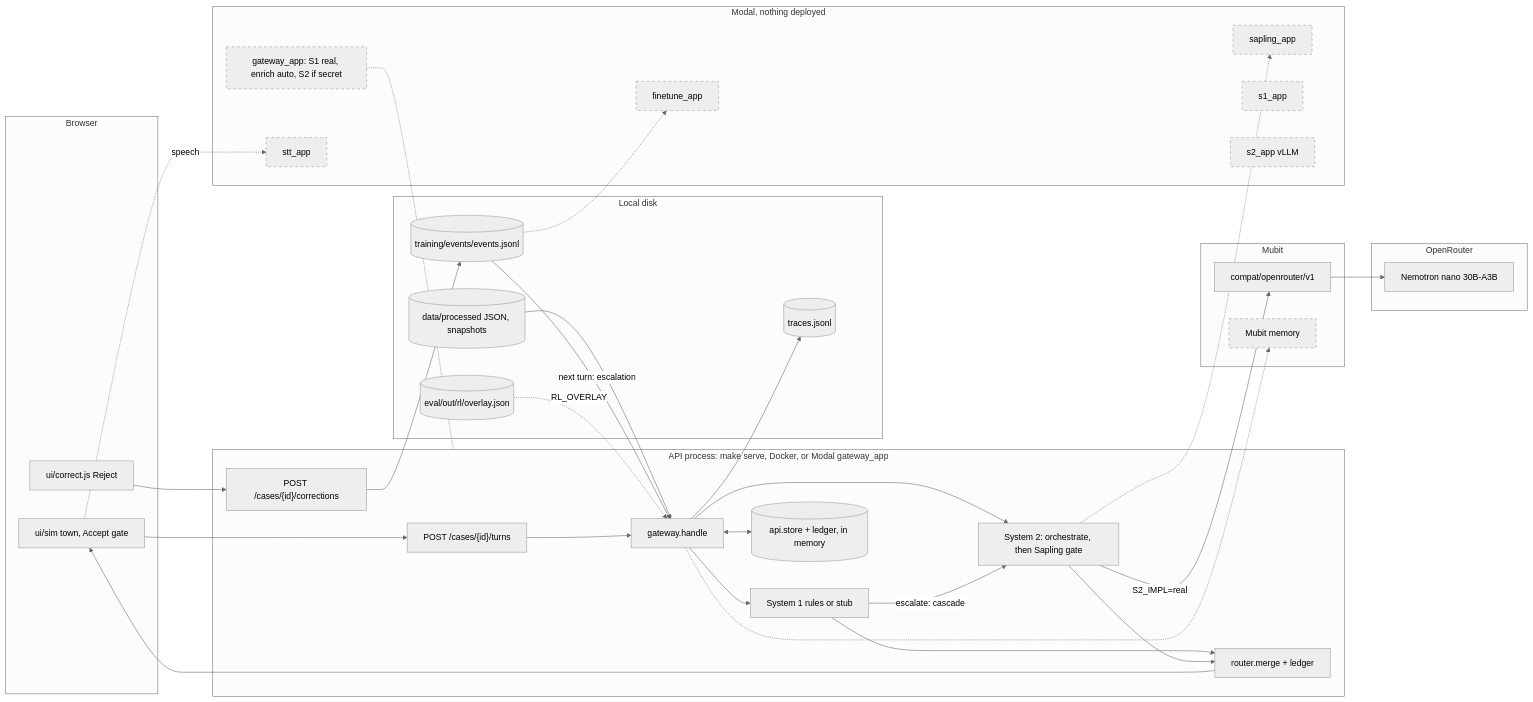
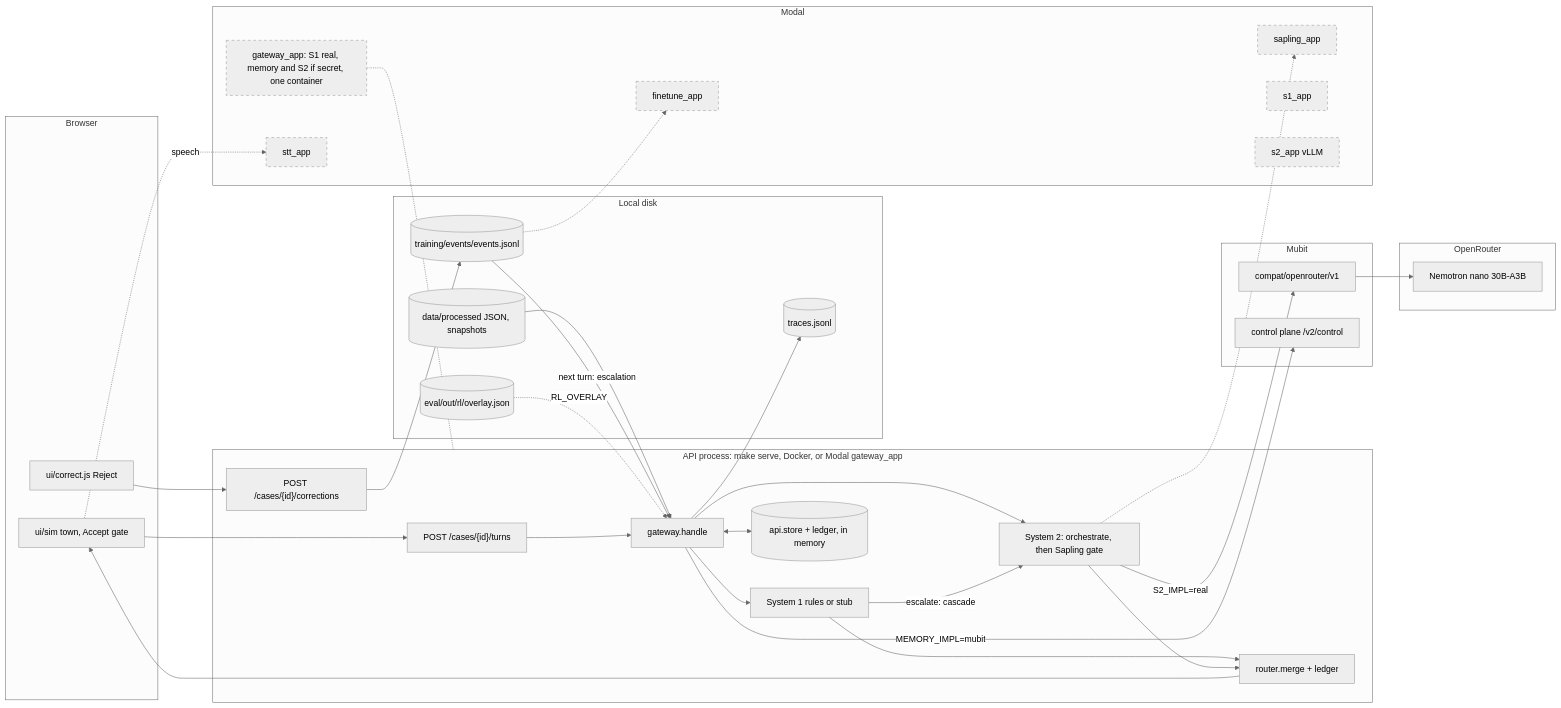
The third of 3 diagrams in BaanSafe_Revised_Architecture.md (melaniepreen/Baan-Safe), drawn with Mermaid (neutral theme) before and after one commit. The commit also changed other lines of this file and 2 other files, not shown here.

Commit message:
docs: refresh architecture diagram (7342a66)

````diff
--- a/BaanSafe_Revised_Architecture.md
+++ b/BaanSafe_Revised_Architecture.md
@@ -95,57 +95,57 @@
 ```mermaid
 flowchart LR
   classDef unwired stroke-dasharray: 5 5
   subgraph browser["Browser"]
     phone["ui/sim town, Accept gate"]
     correct["ui/correct.js Reject"]
   end
   subgraph api["API process: make serve, Docker, or Modal gateway_app"]
     turns["POST /cases/{id}/turns"]
     gw["gateway.handle"]
     s1["System 1 rules or stub"]
     s2["System 2: orchestrate, then Sapling gate"]
     router["router.merge + ledger"]
     corr["POST /cases/{id}/corrections"]
     store[("api.store + ledger, in memory")]
   end
   subgraph disk["Local disk"]
     events[("training/events/events.jsonl")]
     traces[("traces.jsonl")]
     snaps[("data/processed JSON, snapshots")]
     overlay[("eval/out/rl/overlay.json")]
   end
   subgraph mubit["Mubit"]
     compat["compat/openrouter/v1"]
-    mmem["Mubit memory"]:::unwired
+    mmem["control plane /v2/control"]
   end
   subgraph orouter["OpenRouter"]
     nano["Nemotron nano 30B-A3B"]
   end
-  subgraph modal["Modal, nothing deployed"]
-    gapp["gateway_app: S1 real, enrich auto, S2 if secret"]:::unwired
+  subgraph modal["Modal"]
+    gapp["gateway_app: S1 real, memory and S2 if secret, one container"]:::unwired
     sap["sapling_app"]:::unwired
     ft["finetune_app"]:::unwired
     stt["stt_app"]:::unwired
     s1app["s1_app"]:::unwired
     s2app["s2_app vLLM"]:::unwired
   end
   phone --> turns --> gw
   gw --> s1
   gw --> s2
   s1 -->|"escalate: cascade"| s2
   s2 -->|"S2_IMPL=real"| compat --> nano
   s1 --> router
   s2 --> router
   router --> phone
   gw <--> store
   gw --> traces
   snaps --> gw
   correct --> corr --> events
   events -->|"next turn: escalation"| gw
   overlay -.->|"RL_OVERLAY"| gw
-  gw -.-> mmem
+  gw -->|"MEMORY_IMPL=mubit"| mmem
   s2 -.-> sap
   events -.-> ft
   phone -.->|"speech"| stt
   gapp -.- api
 ```
````
